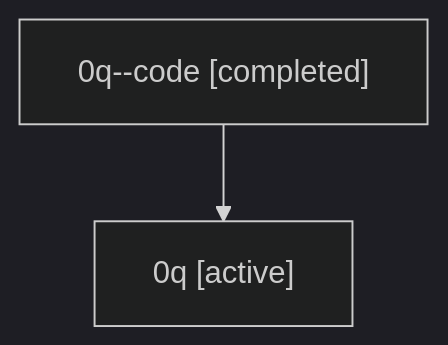
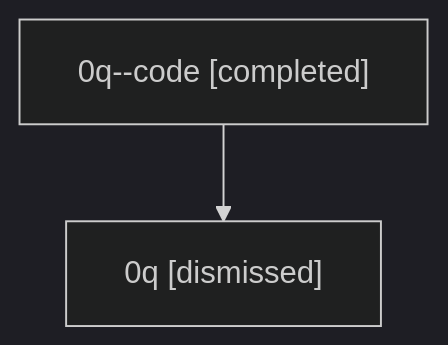
One commit to sase-org/sase--agents changed the diagram in sessions/bbugyi200.athena.0q.md. Above: the diagram before and after it, drawn with Mermaid (dark theme). The commit also changed other lines of this file and 28 other files, not shown here.

````diff
--- a/sessions/bbugyi200.athena.0q.md
+++ b/sessions/bbugyi200.athena.0q.md
@@ -9,6 +9,6 @@
 ```mermaid
 flowchart TD
   n0["0q--code [completed]"]
-  n1["0q [active]"]
+  n1["0q [dismissed]"]
   n0 --> n1
 ```
````
